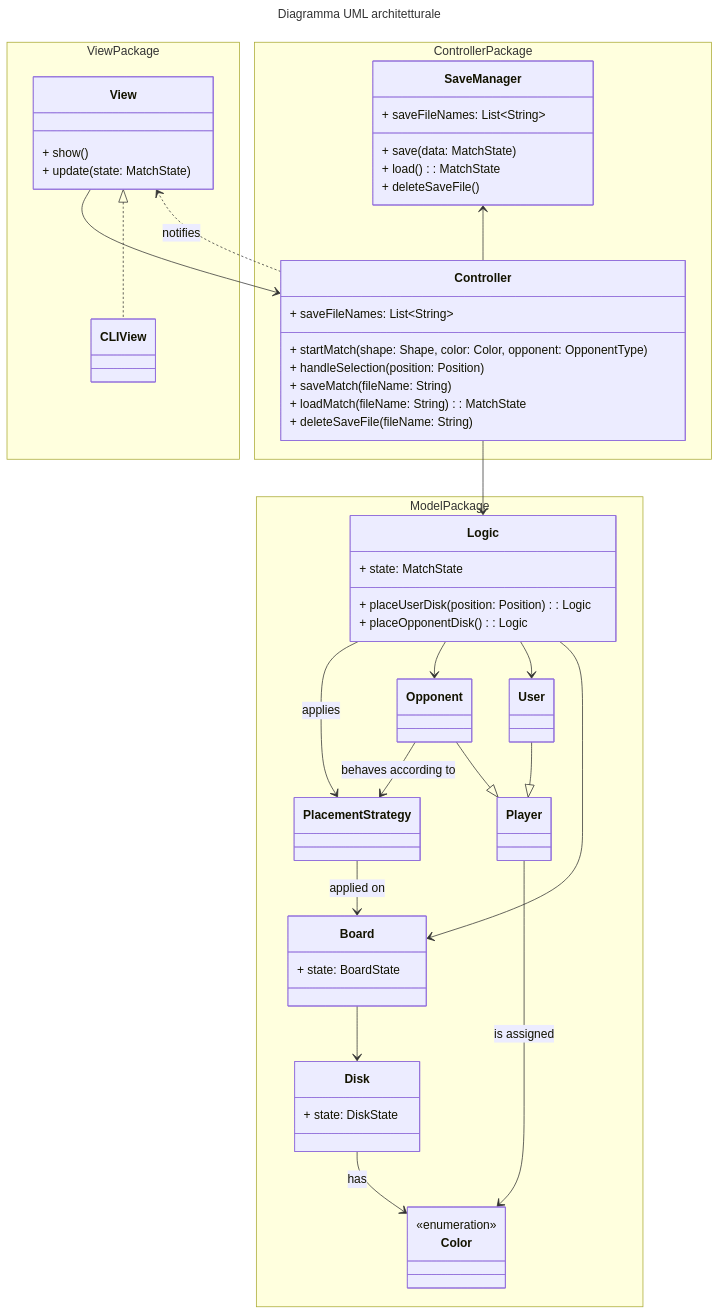
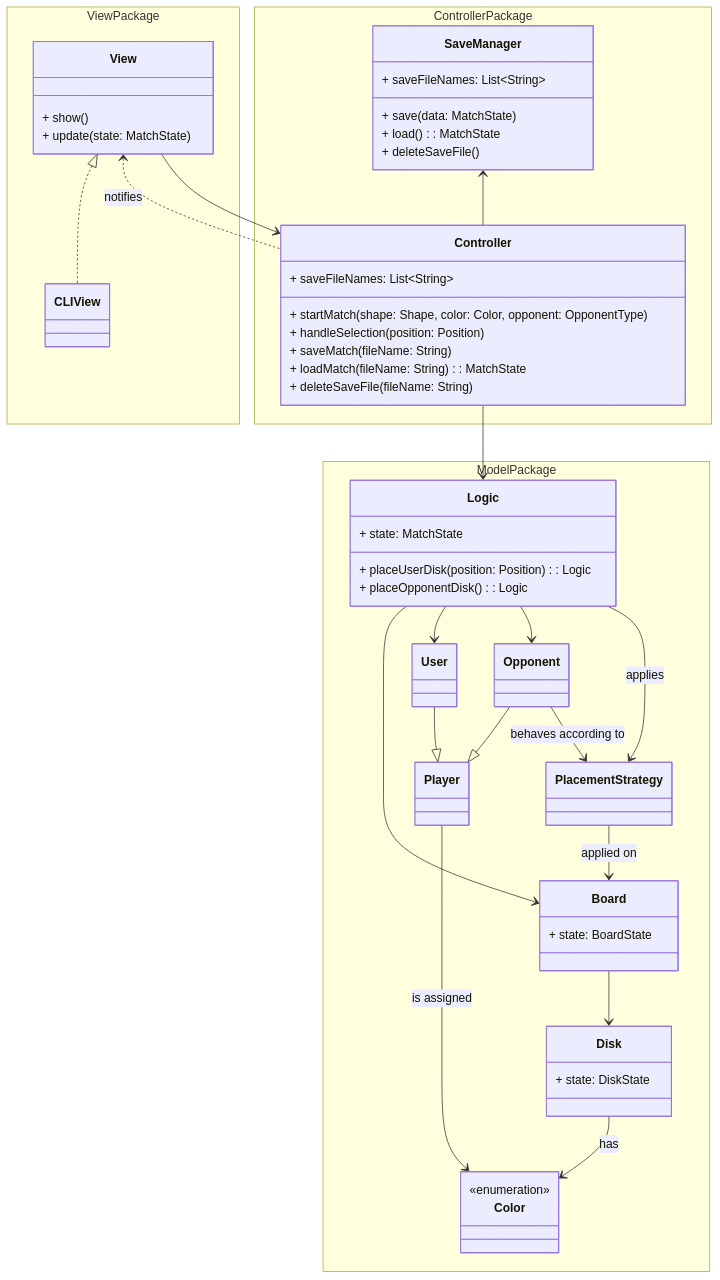
One commit to Borgotto/PPS-25-scalatello changed the second of 2 diagrams in docs/report/3-architectural-design.md. Above: the diagram before and after it, drawn with Mermaid. The commit also changed other lines of this file, not shown here.

Commit message:
update architectural design section in report

````diff
--- a/docs/report/3-architectural-design.md
+++ b/docs/report/3-architectural-design.md
@@ -48,69 +52,66 @@
 ```mermaid
----
-title: Diagramma UML architetturale
----
 classDiagram
   namespace ViewPackage {
     class View {
       + show()
       + update(state: MatchState)
     }
     class CLIView
   }
   namespace ControllerPackage {
     class Controller {
       + startMatch(shape: Shape, color: Color, opponent: OpponentType)
       + handleSelection(position: Position)
       + saveMatch(fileName: String)
       + loadMatch(fileName: String): MatchState
       + saveFileNames: List~String~
       + deleteSaveFile(fileName: String)
     }
     class SaveManager {
       + save(data: MatchState)
       + load(): MatchState
       + saveFileNames: List~String~
       + deleteSaveFile()
     }
   }
   namespace ModelPackage {
     class Logic {
       + state: MatchState
       + placeUserDisk(position: Position): Logic
       + placeOpponentDisk(): Logic
     }
     class PlacementStrategy
     class Opponent
     class User
     class Board {
       + state: BoardState
     }
     class Disk {
       + state: DiskState
     }
     class Color {
       <<enumeration>>
     }
     class Player
   }
 
   Logic --> PlacementStrategy: applies
   Logic --> Opponent
   Logic --> User
   Logic --> Board
 
   Opponent --> PlacementStrategy : behaves according to
   Opponent --|> Player
   User --|> Player
   Player --> Color: is assigned
   PlacementStrategy --> Board: applied on
   Board --> Disk
   Disk --> Color: has
 
   View --> Controller
-  Controller ..> View : notifies
+  View <.. Controller : notifies
   Controller --> Logic
   SaveManager <-- Controller
 
   View <|.. CLIView
 ```
````
